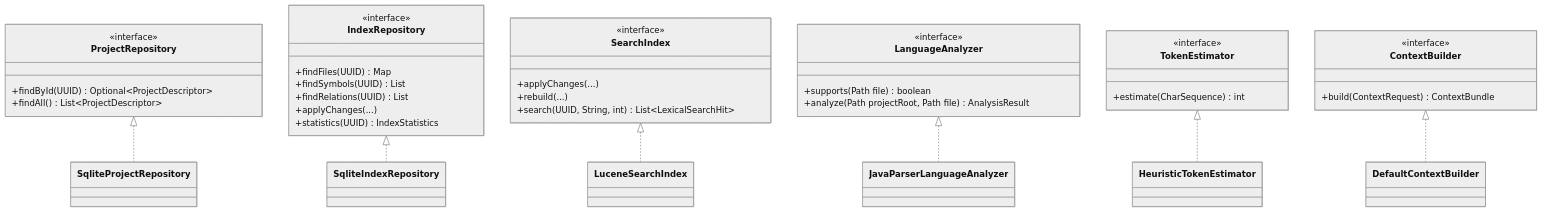
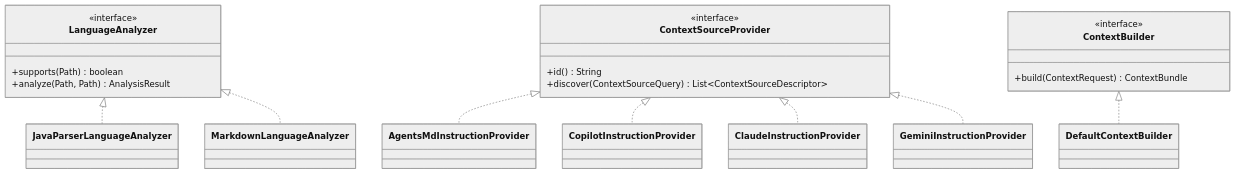
The second of 2 diagrams in docs/developer/README.md (FTurleque/nexus-context-engine), drawn with Mermaid (neutral theme) before and after one commit. The commit also changed other lines of this file, not shown here.

````diff
--- a/docs/developer/README.md
+++ b/docs/developer/README.md
@@ -241,54 +258,35 @@
 ```mermaid
 classDiagram
-    class ProjectRepository {
+    class LanguageAnalyzer {
         <<interface>>
-        +findById(UUID) Optional~ProjectDescriptor~
-        +findAll() List~ProjectDescriptor~
+        +supports(Path) boolean
+        +analyze(Path, Path) AnalysisResult
     }
 
-    class IndexRepository {
+    class ContextSourceProvider {
         <<interface>>
-        +findFiles(UUID) Map
-        +findSymbols(UUID) List
-        +findRelations(UUID) List
-        +applyChanges(...)
-        +statistics(UUID) IndexStatistics
-    }
-
-    class SearchIndex {
-        <<interface>>
-        +applyChanges(...)
-        +rebuild(...)
-        +search(UUID, String, int) List~LexicalSearchHit~
-    }
-
-    class LanguageAnalyzer {
-        <<interface>>
-        +supports(Path file) boolean
-        +analyze(Path projectRoot, Path file) AnalysisResult
-    }
-
-    class TokenEstimator {
-        <<interface>>
-        +estimate(CharSequence) int
+        +id() String
+        +discover(ContextSourceQuery) List~ContextSourceDescriptor~
     }
 
     class ContextBuilder {
         <<interface>>
         +build(ContextRequest) ContextBundle
     }
 
-    class SqliteProjectRepository
-    class SqliteIndexRepository
-    class LuceneSearchIndex
     class JavaParserLanguageAnalyzer
-    class HeuristicTokenEstimator
+    class MarkdownLanguageAnalyzer
+    class AgentsMdInstructionProvider
+    class CopilotInstructionProvider
+    class ClaudeInstructionProvider
+    class GeminiInstructionProvider
     class DefaultContextBuilder
 
-    ProjectRepository <|.. SqliteProjectRepository
-    IndexRepository <|.. SqliteIndexRepository
-    SearchIndex <|.. LuceneSearchIndex
     LanguageAnalyzer <|.. JavaParserLanguageAnalyzer
-    TokenEstimator <|.. HeuristicTokenEstimator
+    LanguageAnalyzer <|.. MarkdownLanguageAnalyzer
+    ContextSourceProvider <|.. AgentsMdInstructionProvider
+    ContextSourceProvider <|.. CopilotInstructionProvider
+    ContextSourceProvider <|.. ClaudeInstructionProvider
+    ContextSourceProvider <|.. GeminiInstructionProvider
     ContextBuilder <|.. DefaultContextBuilder
 ```
````
